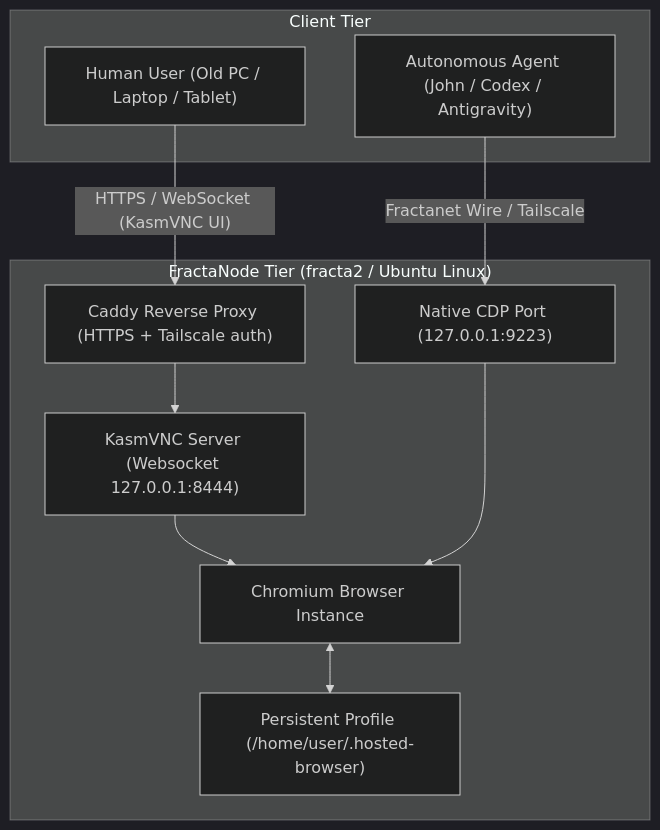
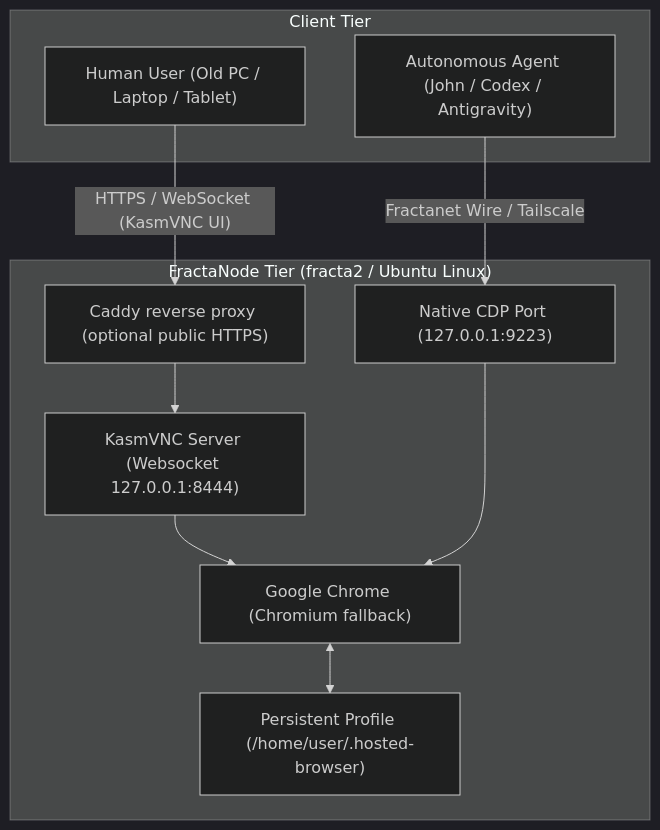
Before and after one commit to JeanHuguesRobert/operium: the diagram in docs/hosted-browser-kasmvnc-cdp.md, drawn with Mermaid (dark theme). The commit also changed other lines of this file and 6 other files, not shown here.

````diff
--- a/docs/hosted-browser-kasmvnc-cdp.md
+++ b/docs/hosted-browser-kasmvnc-cdp.md
@@ -34,22 +34,22 @@
 ```mermaid
 graph TD
     subgraph "Client Tier"
         Human["Human User (Old PC / Laptop / Tablet)"]
         Agent["Autonomous Agent (John / Codex / Antigravity)"]
     end
 
     subgraph "FractaNode Tier (fracta2 / Ubuntu Linux)"
         VNC["KasmVNC Server (Websocket 127.0.0.1:8444)"]
         CDP["Native CDP Port (127.0.0.1:9223)"]
-        Chromium["Chromium Browser Instance"]
+        Chromium["Google Chrome (Chromium fallback)"]
         Profile["Persistent Profile (/home/user/.hosted-browser)"]
-        Caddy["Caddy Reverse Proxy (HTTPS + Tailscale auth)"]
+        Caddy["Caddy reverse proxy (optional public HTTPS)"]
     end
 
     Human -->|"HTTPS / WebSocket (KasmVNC UI)"| Caddy
     Agent -->|"Fractanet Wire / Tailscale"| CDP
     Caddy --> VNC
     VNC --> Chromium
     CDP --> Chromium
     Chromium <--> Profile
 ```
````
